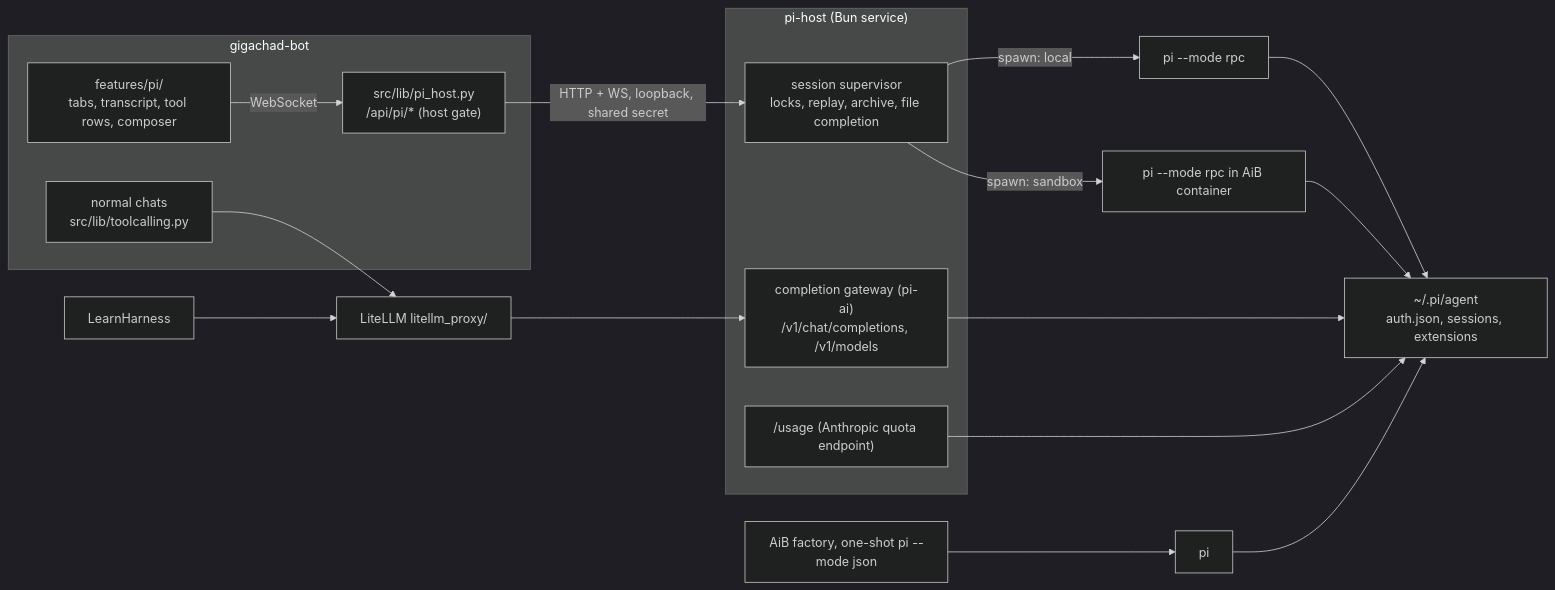
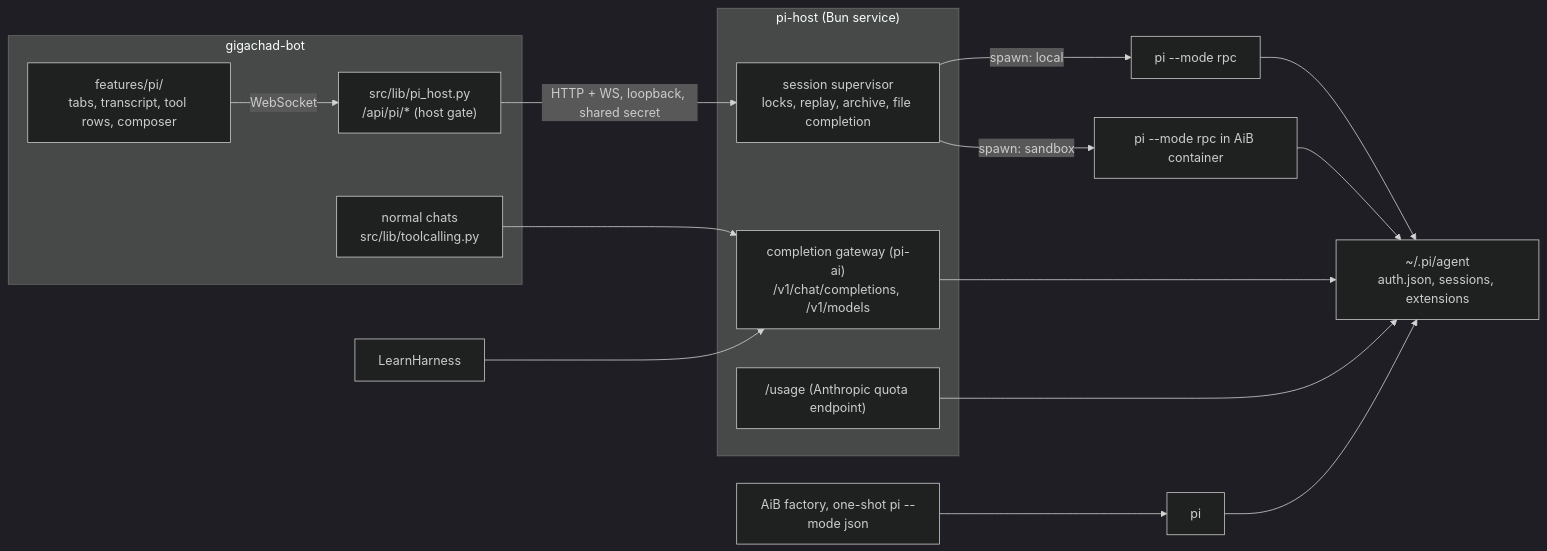
Before and after one commit to patrickab/gigachad-bot: the diagram in .docs/pi-migration.md, drawn with Mermaid (dark theme). The commit also changed other lines of this file, not shown here.

````diff
--- a/.docs/pi-migration.md
+++ b/.docs/pi-migration.md
@@ -7,20 +32,20 @@
 ```mermaid
 flowchart LR
     subgraph Shell[gigachad-bot]
         UI["features/pi/<br/>tabs, transcript, tool rows, composer"]
         BE["src/lib/pi_host.py<br/>/api/pi/* (host gate)"]
         Chat["normal chats<br/>src/lib/toolcalling.py"]
     end
     subgraph Host["pi-host (Bun service)"]
         SV["session supervisor<br/>locks, replay, archive, file completion"]
         GW["completion gateway (pi-ai)<br/>/v1/chat/completions, /v1/models"]
         US["/usage (Anthropic quota endpoint)"]
     end
     UI -->|WebSocket| BE -->|"HTTP + WS, loopback, shared secret"| SV
-    Chat --> LL[LiteLLM litellm_proxy/] --> GW
-    LH[LearnHarness] --> LL
+    Chat --> GW
+    LH[LearnHarness] --> GW
     SV -->|"spawn: local"| P1["pi --mode rpc"]
     SV -->|"spawn: sandbox"| P2["pi --mode rpc in AiB container"]
     AiB["AiB factory, one-shot pi --mode json"] --> P3[pi]
     P1 & P2 & P3 & GW & US --> Agent["~/.pi/agent<br/>auth.json, sessions, extensions"]
 ```
````
